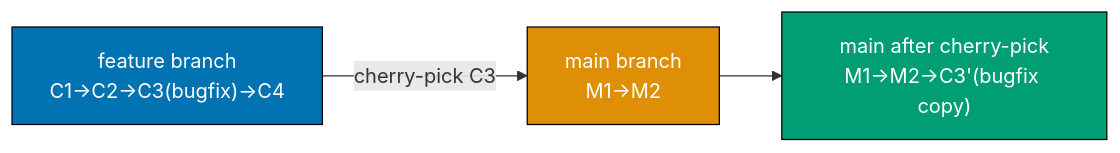
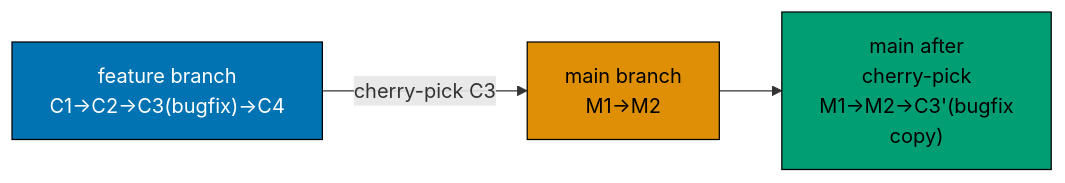
The fifth of 10 diagrams in apps/ayokoding-www/content/en/learn/legacy/software-engineering/automation-tools/git/by-example/intermediate.md (wahidyankf/ose-public), drawn with Mermaid before and after one commit. The commit also changed other lines of this file and 131 other files, not shown here.

First line of the commit message:
fix(mermaid): bring the legacy data, infrastructure, and testing diagrams onto the accessible palette

````diff
--- a/apps/ayokoding-www/content/en/learn/legacy/software-engineering/automation-tools/git/by-example/intermediate.md
+++ b/apps/ayokoding-www/content/en/learn/legacy/software-engineering/automation-tools/git/by-example/intermediate.md
@@ -475,14 +501,20 @@
 ```mermaid
 %% Color Palette: Blue #0173B2, Orange #DE8F05, Teal #029E73, Purple #CC78BC, Brown #CA9161
 graph LR
+    accTitle: Example 38: git cherry-pick
+    accDescr: Graph with 3 nodes and 2 connections. Nodes: feature branch C1→C2→C3(bugfix)→C4, main branch M1→M2, main after cherry-pick M1→M2→C3(bugfix copy). Connections: feature branch C1→C2→C3(bugfix)→C4 to main branch M1→M2 (cherry-pick C3), main branch M1→M2 to main after cherry-pick M1→M2→C3(bugfix copy).
     A["feature branch<br/>C1→C2→C3(bugfix)→C4"]
     B["main branch<br/>M1→M2"]
-    C["main after cherry-pick<br/>M1→M2→C3'(bugfix copy)"]
+    C["main after<br/>cherry-pick<br/>M1→M2→C3'(bugfix<br/>copy)"]
 
     A -->|cherry-pick C3| B
     B --> C
 
-    style A fill:#0173B2,stroke:#000,color:#fff
-    style B fill:#DE8F05,stroke:#000,color:#fff
-    style C fill:#029E73,stroke:#000,color:#fff
+    classDef pal-0173B2 fill:#0173B2,stroke:#000000,color:#FFFFFF
+    class A pal-0173B2
+    classDef pal-DE8F05 fill:#DE8F05,stroke:#000000,color:#000000
+    class B pal-DE8F05
+    classDef pal-029E73 fill:#029E73,stroke:#000000,color:#000000
+    class C pal-029E73
+    classDef default fill:#FFFFFF,stroke:#000000,color:#000000
 ```
````
